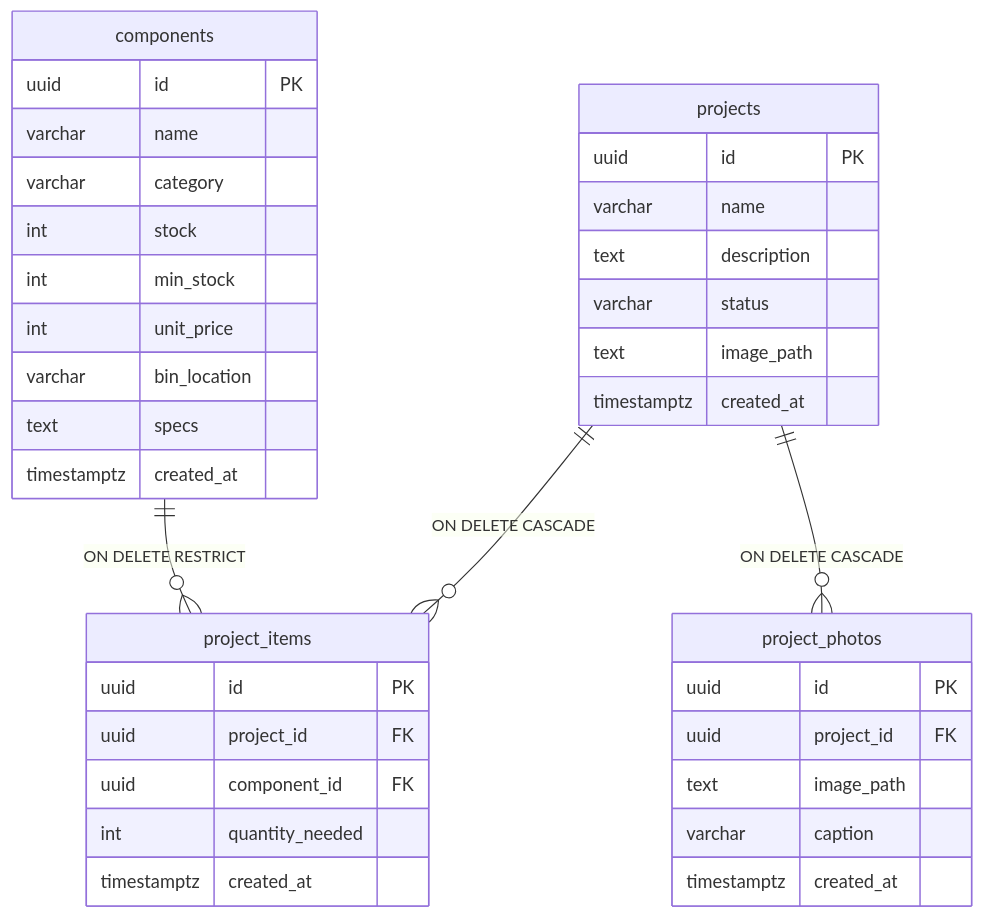
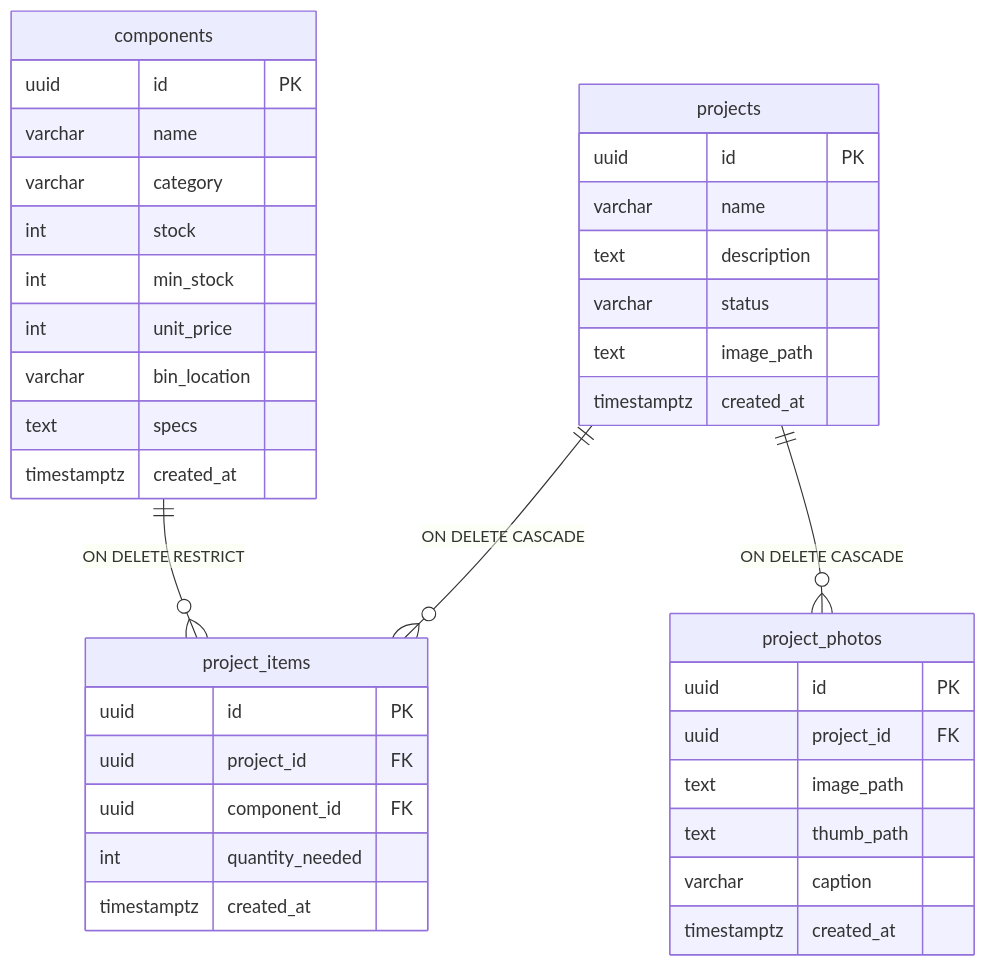
Before and after one commit to RobertusWilliamSusanto/partsbin: the second of 2 diagrams in README.md, drawn with Mermaid. The commit also changed other lines of this file and 1 other file, not shown here.

````diff
--- a/README.md
+++ b/README.md
@@ -63,43 +63,44 @@
 ```mermaid
 erDiagram
   components ||--o{ project_items : "ON DELETE RESTRICT"
   projects ||--o{ project_items : "ON DELETE CASCADE"
   projects ||--o{ project_photos : "ON DELETE CASCADE"
 
   components {
     uuid id PK
     varchar name
     varchar category
     int stock
     int min_stock
     int unit_price
     varchar bin_location
     text specs
     timestamptz created_at
   }
 
   projects {
     uuid id PK
     varchar name
     text description
     varchar status
     text image_path
     timestamptz created_at
   }
 
   project_items {
     uuid id PK
     uuid project_id FK
     uuid component_id FK
     int quantity_needed
     timestamptz created_at
   }
 
   project_photos {
     uuid id PK
     uuid project_id FK
     text image_path
+    text thumb_path
     varchar caption
     timestamptz created_at
   }
 ```
````
